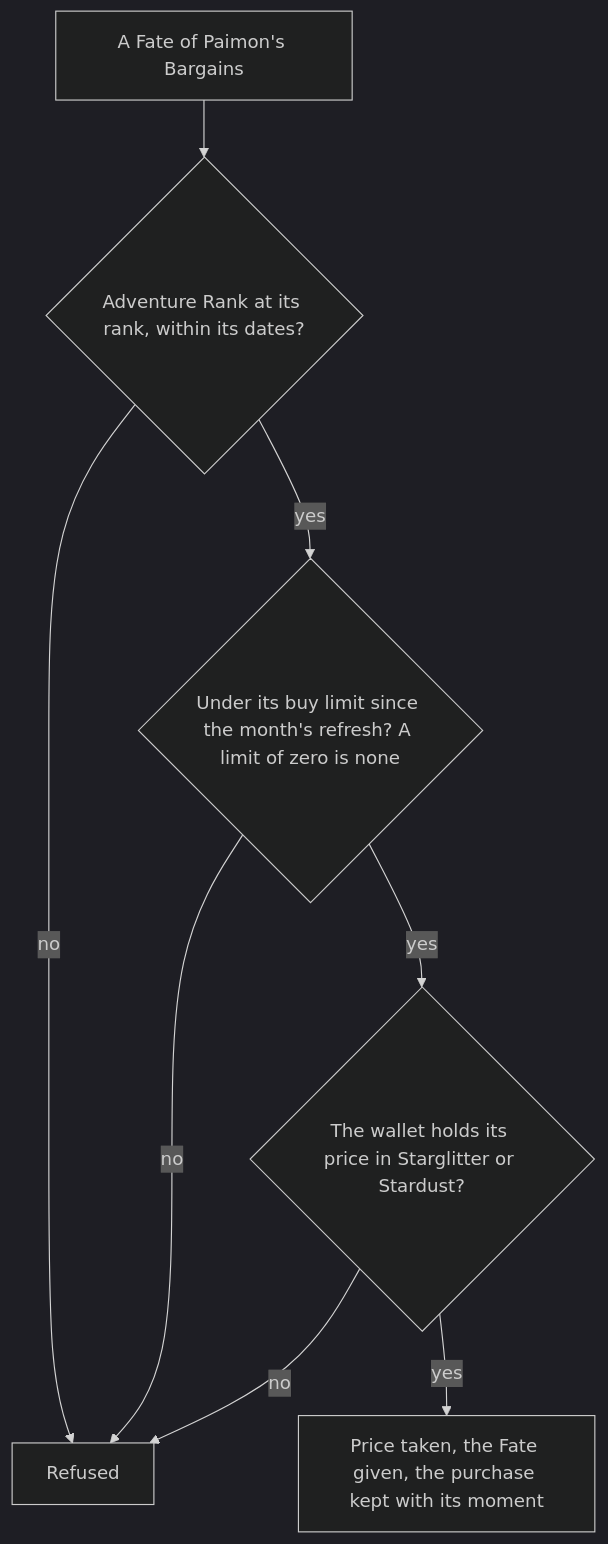
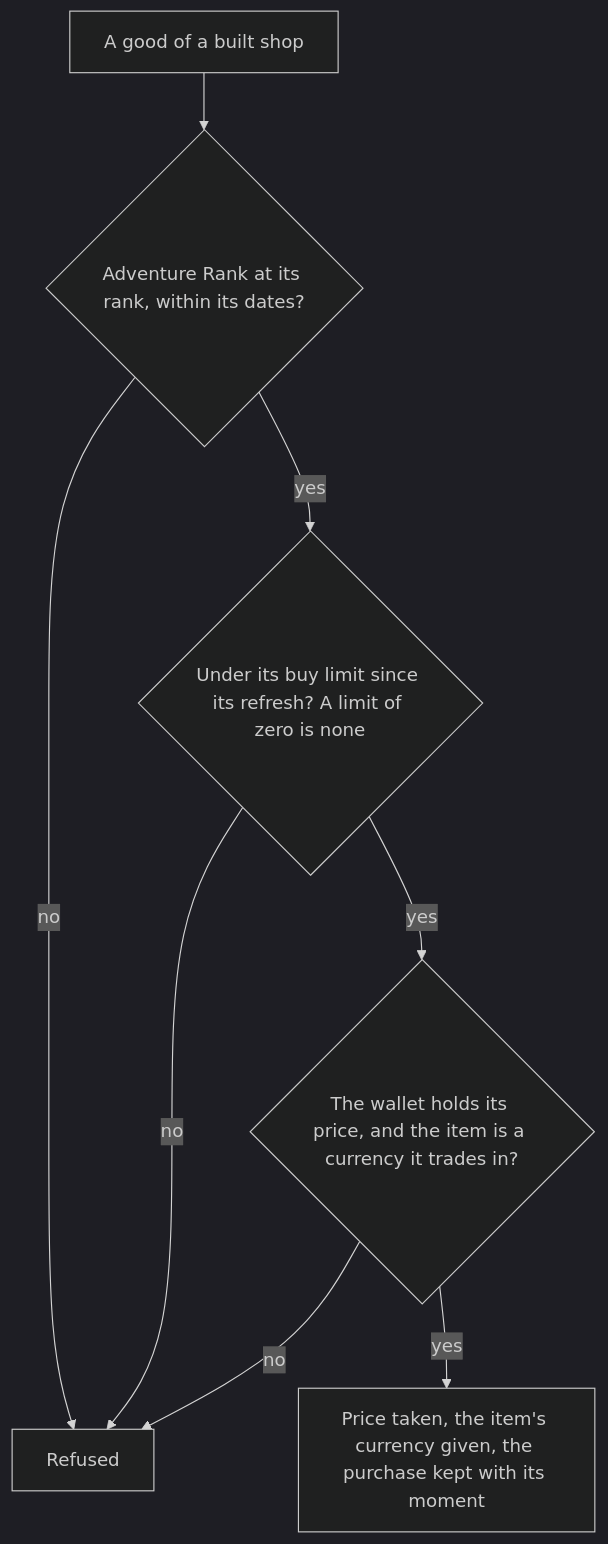
One commit to Esposter/Esposter changed the diagram in apps/web/content/docs/genshin/shops.md. Above: the diagram before and after it, drawn with Mermaid (dark theme). The commit also changed other lines of this file and 2 other files, not shown here.

First line of the commit message:
docs(genshin): the shops' as-built page records the Mondstadt grocery's Mora-priced goods, the daily refresh and the shop numbering, and the proposal keeps the rotation's schedule from the wiki and the grocery's ingredients as what is left

````diff
--- a/apps/web/content/docs/genshin/shops.md
+++ b/apps/web/content/docs/genshin/shops.md
@@ -12,10 +12,10 @@
 ```mermaid
 flowchart TD
-  OFFER["A Fate of Paimon's Bargains"] --> RANK{"Adventure Rank at its rank, within its dates?"}
+  OFFER["A good of a built shop"] --> RANK{"Adventure Rank at its rank, within its dates?"}
   RANK -->|no| REFUSE["Refused"]
-  RANK -->|yes| LIMIT{"Under its buy limit since the month's refresh? A limit of zero is none"}
+  RANK -->|yes| LIMIT{"Under its buy limit since its refresh? A limit of zero is none"}
   LIMIT -->|no| REFUSE
-  LIMIT -->|yes| PRICE{"The wallet holds its price in Starglitter or Stardust?"}
+  LIMIT -->|yes| PRICE{"The wallet holds its price, and the item is a currency it trades in?"}
   PRICE -->|no| REFUSE
-  PRICE -->|yes| BUY["Price taken, the Fate given, the purchase kept with its moment"]
+  PRICE -->|yes| BUY["Price taken, the item's currency given, the purchase kept with its moment"]
 ```
````
